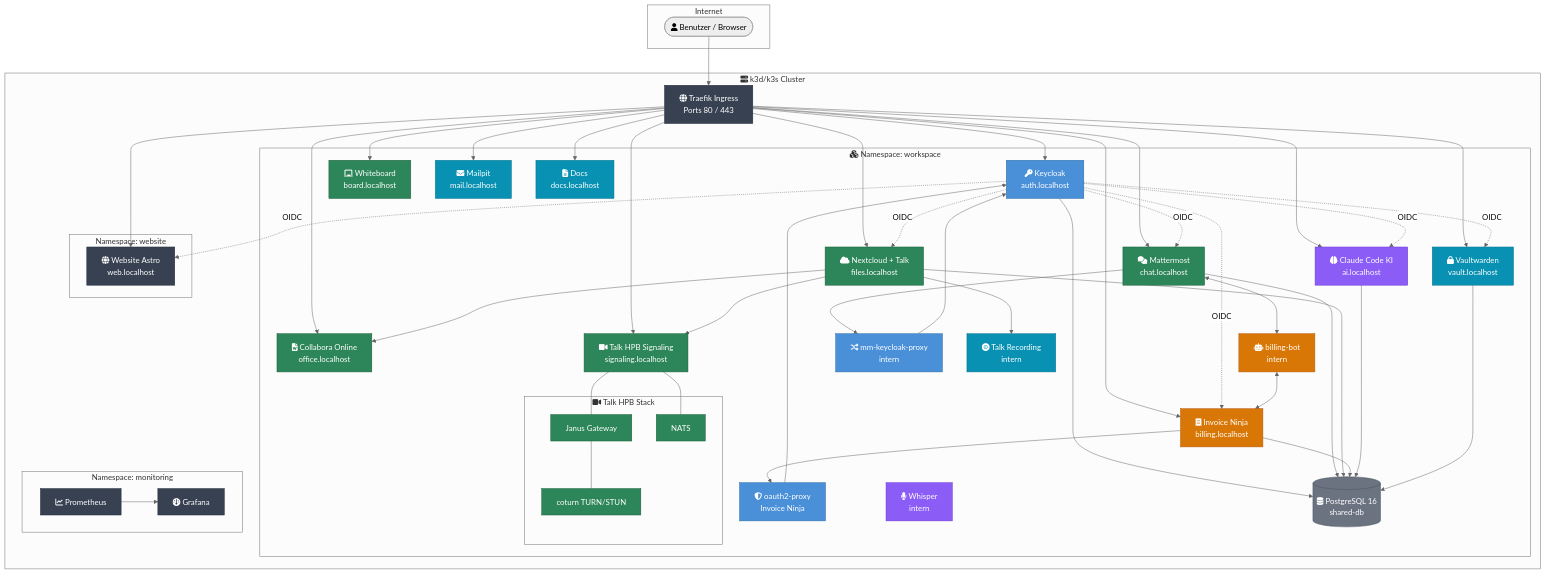
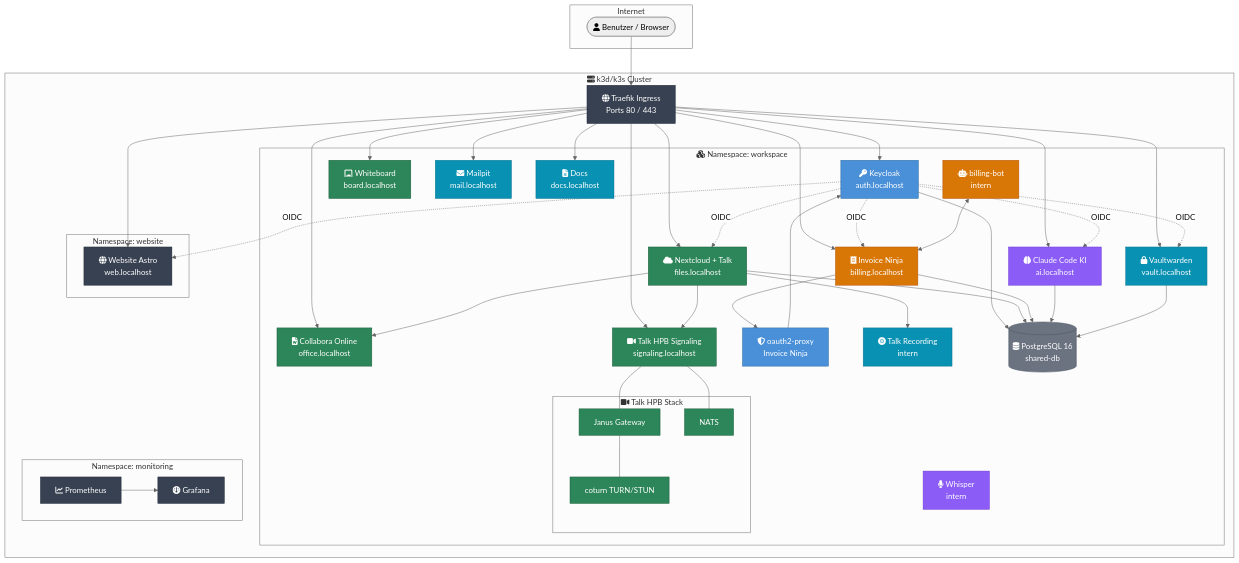
Before and after one commit to Paddione/Bachelorprojekt: the first of 3 diagrams in README.md, drawn with Mermaid (neutral theme). The commit also changed other lines of this file and 53 other files, not shown here.

```diff
--- a/README.md
+++ b/README.md
@@ -65,7 +64,6 @@
 
         subgraph workspace ["fa:fa-cubes Namespace: workspace"]
             KC["fa:fa-key Keycloak<br/>auth.localhost"]
-            MM["fa:fa-comments Mattermost<br/>chat.localhost"]
             NC["fa:fa-cloud Nextcloud + Talk<br/>files.localhost"]
             CO["fa:fa-file-word Collabora Online<br/>office.localhost"]
             HPB["fa:fa-video Talk HPB Signaling<br/>signaling.localhost"]
@@ -76,7 +74,6 @@
             MP["fa:fa-envelope Mailpit<br/>mail.localhost"]
             DOCS["fa:fa-file-lines Docs<br/>docs.localhost"]
             BB["fa:fa-robot billing-bot<br/>intern"]
-            PROXY["fa:fa-shuffle mm-keycloak-proxy<br/>intern"]
             OAUTH["fa:fa-shield-halved oauth2-proxy<br/>Invoice Ninja"]
             WHISPER["fa:fa-microphone Whisper<br/>intern"]
             REC["fa:fa-record-vinyl Talk Recording<br/>intern"]
@@ -101,15 +98,12 @@
     end
 
     User --> Traefik
-    Traefik --> KC & MM & NC & CO & HPB & OC & IN & VW & WB & MP & DOCS & WEB
+    Traefik --> KC & NC & CO & HPB & OC & IN & VW & WB & MP & DOCS & WEB
 
-    KC -. OIDC .-> MM & NC & IN & OC & VW & WEB
-    PROXY --> KC
-    MM --> PROXY
+    KC -. OIDC .-> NC & IN & OC & VW & WEB
     OAUTH --> KC
     IN --> OAUTH
 
-    MM <--> BB
     BB <--> IN
 
     NC --> CO
@@ -118,7 +112,7 @@
     HPB --- JANUS & NATS
     JANUS --- COTURN
 
-    KC & MM & NC & IN & OC & VW --> DB
+    KC & NC & IN & OC & VW --> DB
     PROM --> GRAF
 
     classDef identity fill:#4a90d9,color:#fff,stroke:#2d6a9f
@@ -129,8 +123,8 @@
     classDef tools fill:#0891b2,color:#fff,stroke:#0e7490
     classDef infra fill:#374151,color:#fff,stroke:#1f2937
 
-    class KC,PROXY,OAUTH identity
-    class MM,NC,CO,WB,OL,HPB,JANUS,NATS,COTURN collab
+    class KC,OAUTH identity
+    class NC,CO,WB,OL,HPB,JANUS,NATS,COTURN collab
     class OC,WHISPER ai
     class IN,BB billing
     class DB,OS data
```
